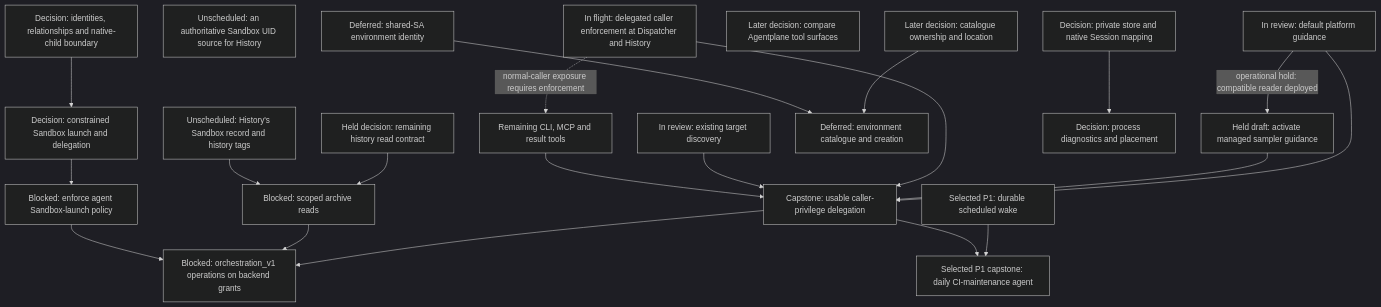
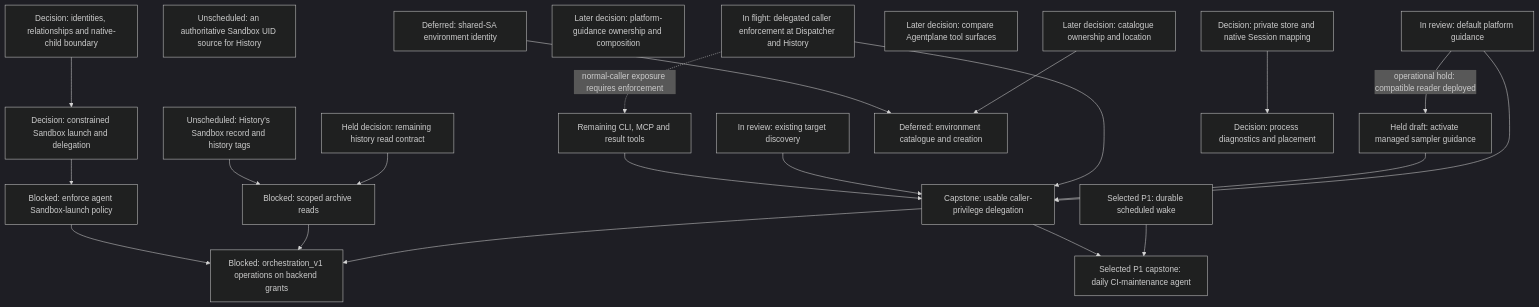
The fourth of 18 diagrams in agentplane/plans/task_dag.md (agentydragon/ducktape), drawn with Mermaid (dark theme) before and after one commit. The commit also changed other lines of this file, not shown here.

Commit message:
docs(agentplane): track platform guidance ownership decision

````diff
--- a/agentplane/plans/task_dag.md
+++ b/agentplane/plans/task_dag.md
@@ -439,44 +439,45 @@
 ```mermaid
 flowchart TD
     MULTIAGENT_MODEL[Decision: identities, relationships and native-child boundary]
     THREAD_READ_POLICY_DESIGN[Held decision: remaining history read contract]
     HISTORY_SANDBOX_RECORD[Unscheduled: History's Sandbox record and history tags]
     THREAD_READ_POLICY[Blocked: scoped archive reads]
     HISTORY_SANDBOX_ASSOCIATION_SOURCE[Unscheduled: an authoritative Sandbox UID source for History]
     SESSION_PLATFORM_GUIDANCE[In review: default platform guidance]
     SESSION_PLATFORM_GUIDANCE_ACTIVATION[Held draft: activate managed sampler guidance]
+    PLATFORM_GUIDANCE_OWNERSHIP_DESIGN[Later decision: platform-guidance ownership and composition]
     SESSION_DELEGATION_RECEIVER_ADMISSION[In flight: delegated caller enforcement at Dispatcher and History]
     SESSION_TARGET_DISCOVERY[In review: existing target discovery]
     SESSION_DELEGATION_TOOLS[Remaining CLI, MCP and result tools]
     SESSION_TOOL_SURFACE_CONVERGENCE_DESIGN[Later decision: compare Agentplane tool surfaces]
     ENVIRONMENT_SHARED_ACCOUNT[Deferred: shared-SA environment identity]
     ENVIRONMENT_TEMPLATE_CATALOGUE_DESIGN[Later decision: catalogue ownership and location]
     ENVIRONMENT_MANAGEMENT[Deferred: environment catalogue and creation]
     THREAD_CREATE_AUTHORIZATION[Capstone: usable caller-privilege delegation]
     AGENT_LAUNCH_POLICY_DESIGN[Decision: constrained Sandbox launch and delegation]
     AGENT_SANDBOX_LAUNCH[Blocked: enforce agent Sandbox-launch policy]
     MULTIAGENT_MODEL --> AGENT_LAUNCH_POLICY_DESIGN
     THREAD_READ_POLICY_DESIGN --> THREAD_READ_POLICY
     HISTORY_SANDBOX_RECORD --> THREAD_READ_POLICY
     SESSION_PLATFORM_GUIDANCE --> THREAD_CREATE_AUTHORIZATION
     SESSION_PLATFORM_GUIDANCE -->|operational hold: compatible reader deployed| SESSION_PLATFORM_GUIDANCE_ACTIVATION
     SESSION_PLATFORM_GUIDANCE_ACTIVATION --> THREAD_CREATE_AUTHORIZATION
     SESSION_DELEGATION_RECEIVER_ADMISSION --> THREAD_CREATE_AUTHORIZATION
     SESSION_DELEGATION_RECEIVER_ADMISSION -. normal-caller exposure requires enforcement .-> SESSION_DELEGATION_TOOLS
     SESSION_TARGET_DISCOVERY --> THREAD_CREATE_AUTHORIZATION
     SESSION_DELEGATION_TOOLS --> THREAD_CREATE_AUTHORIZATION
     ENVIRONMENT_TEMPLATE_CATALOGUE_DESIGN --> ENVIRONMENT_MANAGEMENT
     ENVIRONMENT_SHARED_ACCOUNT --> ENVIRONMENT_MANAGEMENT
     SCHEDULED_AGENT_WAKE[Selected P1: durable scheduled wake]
     DAILY_CI_AGENT[Selected P1 capstone: daily CI-maintenance agent]
     SCHEDULED_AGENT_WAKE --> DAILY_CI_AGENT
     THREAD_CREATE_AUTHORIZATION --> DAILY_CI_AGENT
     AGENT_LAUNCH_POLICY_DESIGN --> AGENT_SANDBOX_LAUNCH
     ORCHESTRATION_V1_BACKEND_GRANTS[Blocked: orchestration_v1 operations on backend grants]
     THREAD_CREATE_AUTHORIZATION --> ORCHESTRATION_V1_BACKEND_GRANTS
     THREAD_READ_POLICY --> ORCHESTRATION_V1_BACKEND_GRANTS
     AGENT_SANDBOX_LAUNCH --> ORCHESTRATION_V1_BACKEND_GRANTS
     RUNNER_HARNESS_OBJECTS_DESIGN[Decision: process diagnostics and placement]
     HARNESS_IDENTITY_DESIGN[Decision: private store and native Session mapping]
     HARNESS_IDENTITY_DESIGN --> RUNNER_HARNESS_OBJECTS_DESIGN
 ```
````
